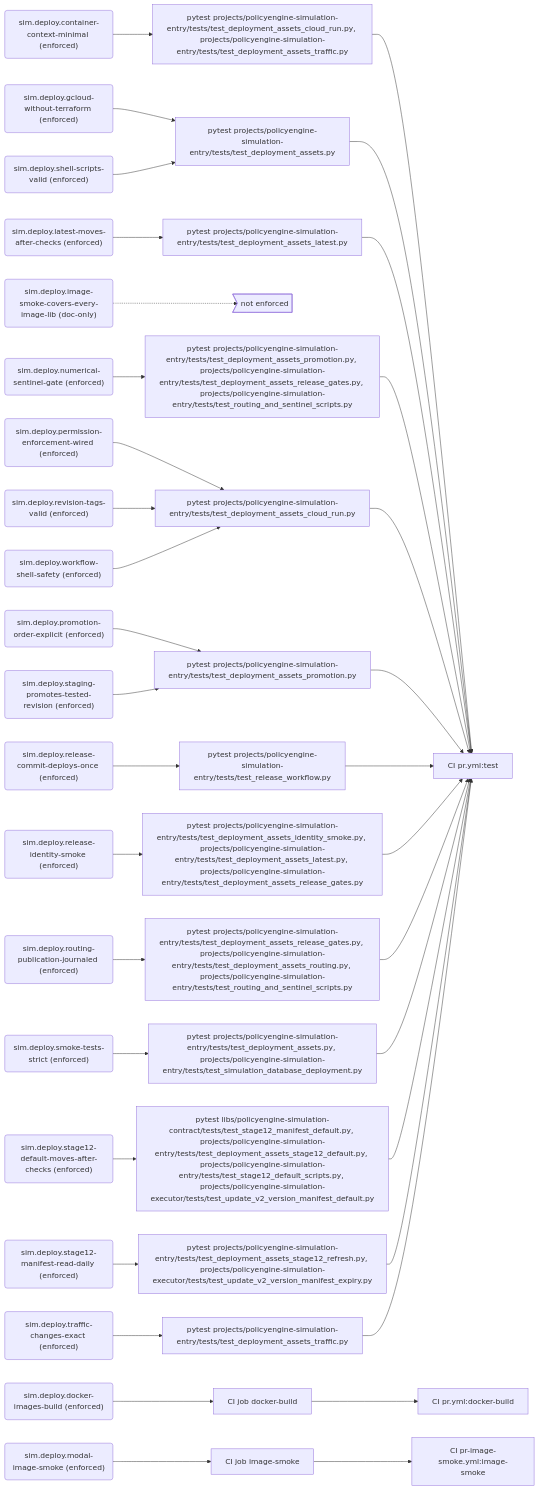
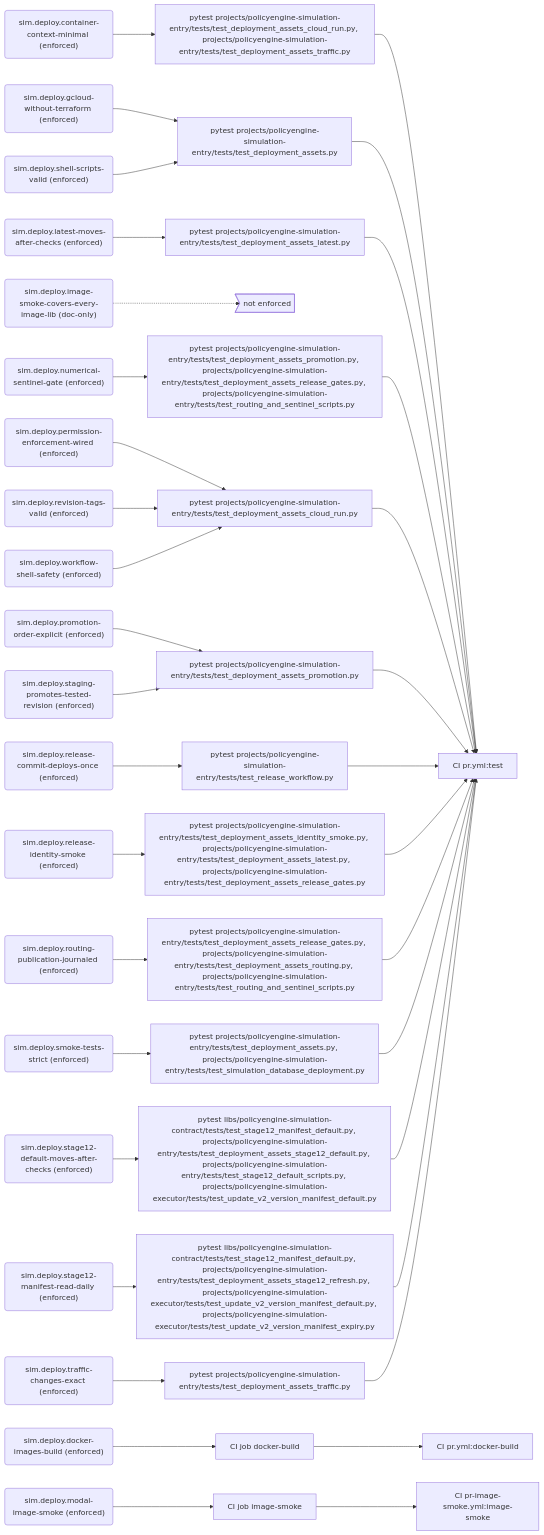
One commit to PolicyEngine/policyengine-sim-api changed the fourth of 11 diagrams in docs/generated/rules.md. Above: the diagram before and after it, drawn with Mermaid. The commit also changed other lines of this file and 11 other files, not shown here.

````diff
--- a/docs/generated/rules.md
+++ b/docs/generated/rules.md
@@ -189,77 +189,77 @@
 ```mermaid
 flowchart LR
   r_sim_deploy_container_context_minimal("sim.deploy.container-context-minimal (enforced)")
   e_pytest_projects_policyengine_simulation_entry_tests_test_deployment_assets_cloud_run_py__projects_policyengine_simulation_entry_tests_test_deployment_assets_traffic_py["pytest projects/policyengine-simulation-entry/tests/test_deployment_assets_cloud_run.py, projects/policyengine-simulation-entry/tests/test_deployment_assets_traffic.py"]
   j_CI_pr_yml_test["CI pr.yml:test"]
   r_sim_deploy_docker_images_build("sim.deploy.docker-images-build (enforced)")
   e_CI_job_docker_build["CI job docker-build"]
   j_CI_pr_yml_docker_build["CI pr.yml:docker-build"]
   r_sim_deploy_gcloud_without_terraform("sim.deploy.gcloud-without-terraform (enforced)")
   e_pytest_projects_policyengine_simulation_entry_tests_test_deployment_assets_py["pytest projects/policyengine-simulation-entry/tests/test_deployment_assets.py"]
   r_sim_deploy_image_smoke_covers_every_image_lib("sim.deploy.image-smoke-covers-every-image-lib (doc-only)")
   gap_unenforced>"not enforced"]
   r_sim_deploy_latest_moves_after_checks("sim.deploy.latest-moves-after-checks (enforced)")
   e_pytest_projects_policyengine_simulation_entry_tests_test_deployment_assets_latest_py["pytest projects/policyengine-simulation-entry/tests/test_deployment_assets_latest.py"]
   r_sim_deploy_modal_image_smoke("sim.deploy.modal-image-smoke (enforced)")
   e_CI_job_image_smoke["CI job image-smoke"]
   j_CI_pr_image_smoke_yml_image_smoke["CI pr-image-smoke.yml:image-smoke"]
   r_sim_deploy_numerical_sentinel_gate("sim.deploy.numerical-sentinel-gate (enforced)")
   e_pytest_projects_policyengine_simulation_entry_tests_test_deployment_assets_promotion_py__projects_policyengine_simulation_entry_tests_test_deployment_assets_release_gates_py__projects_policyengine_simulation_entry_tests_test_routing_and_sentinel_scripts_py["pytest projects/policyengine-simulation-entry/tests/test_deployment_assets_promotion.py, projects/policyengine-simulation-entry/tests/test_deployment_assets_release_gates.py, projects/policyengine-simulation-entry/tests/test_routing_and_sentinel_scripts.py"]
   r_sim_deploy_permission_enforcement_wired("sim.deploy.permission-enforcement-wired (enforced)")
   e_pytest_projects_policyengine_simulation_entry_tests_test_deployment_assets_cloud_run_py["pytest projects/policyengine-simulation-entry/tests/test_deployment_assets_cloud_run.py"]
   r_sim_deploy_promotion_order_explicit("sim.deploy.promotion-order-explicit (enforced)")
   e_pytest_projects_policyengine_simulation_entry_tests_test_deployment_assets_promotion_py["pytest projects/policyengine-simulation-entry/tests/test_deployment_assets_promotion.py"]
   r_sim_deploy_release_commit_deploys_once("sim.deploy.release-commit-deploys-once (enforced)")
   e_pytest_projects_policyengine_simulation_entry_tests_test_release_workflow_py["pytest projects/policyengine-simulation-entry/tests/test_release_workflow.py"]
   r_sim_deploy_release_identity_smoke("sim.deploy.release-identity-smoke (enforced)")
   e_pytest_projects_policyengine_simulation_entry_tests_test_deployment_assets_identity_smoke_py__projects_policyengine_simulation_entry_tests_test_deployment_assets_latest_py__projects_policyengine_simulation_entry_tests_test_deployment_assets_release_gates_py["pytest projects/policyengine-simulation-entry/tests/test_deployment_assets_identity_smoke.py, projects/policyengine-simulation-entry/tests/test_deployment_assets_latest.py, projects/policyengine-simulation-entry/tests/test_deployment_assets_release_gates.py"]
   r_sim_deploy_revision_tags_valid("sim.deploy.revision-tags-valid (enforced)")
   r_sim_deploy_routing_publication_journaled("sim.deploy.routing-publication-journaled (enforced)")
   e_pytest_projects_policyengine_simulation_entry_tests_test_deployment_assets_release_gates_py__projects_policyengine_simulation_entry_tests_test_deployment_assets_routing_py__projects_policyengine_simulation_entry_tests_test_routing_and_sentinel_scripts_py["pytest projects/policyengine-simulation-entry/tests/test_deployment_assets_release_gates.py, projects/policyengine-simulation-entry/tests/test_deployment_assets_routing.py, projects/policyengine-simulation-entry/tests/test_routing_and_sentinel_scripts.py"]
   r_sim_deploy_shell_scripts_valid("sim.deploy.shell-scripts-valid (enforced)")
   r_sim_deploy_smoke_tests_strict("sim.deploy.smoke-tests-strict (enforced)")
   e_pytest_projects_policyengine_simulation_entry_tests_test_deployment_assets_py__projects_policyengine_simulation_entry_tests_test_simulation_database_deployment_py["pytest projects/policyengine-simulation-entry/tests/test_deployment_assets.py, projects/policyengine-simulation-entry/tests/test_simulation_database_deployment.py"]
   r_sim_deploy_stage12_default_moves_after_checks("sim.deploy.stage12-default-moves-after-checks (enforced)")
   e_pytest_libs_policyengine_simulation_contract_tests_test_stage12_manifest_default_py__projects_policyengine_simulation_entry_tests_test_deployment_assets_stage12_default_py__projects_policyengine_simulation_entry_tests_test_stage12_default_scripts_py__projects_policyengine_simulation_executor_tests_test_update_v2_version_manifest_default_py["pytest libs/policyengine-simulation-contract/tests/test_stage12_manifest_default.py, projects/policyengine-simulation-entry/tests/test_deployment_assets_stage12_default.py, projects/policyengine-simulation-entry/tests/test_stage12_default_scripts.py, projects/policyengine-simulation-executor/tests/test_update_v2_version_manifest_default.py"]
   r_sim_deploy_stage12_manifest_read_daily("sim.deploy.stage12-manifest-read-daily (enforced)")
-  e_pytest_projects_policyengine_simulation_entry_tests_test_deployment_assets_stage12_refresh_py__projects_policyengine_simulation_executor_tests_test_update_v2_version_manifest_expiry_py["pytest projects/policyengine-simulation-entry/tests/test_deployment_assets_stage12_refresh.py, projects/policyengine-simulation-executor/tests/test_update_v2_version_manifest_expiry.py"]
+  e_pytest_libs_policyengine_simulation_contract_tests_test_stage12_manifest_default_py__projects_policyengine_simulation_entry_tests_test_deployment_assets_stage12_refresh_py__projects_policyengine_simulation_executor_tests_test_update_v2_version_manifest_default_py__projects_policyengine_simulation_executor_tests_test_update_v2_version_manifest_expiry_py["pytest libs/policyengine-simulation-contract/tests/test_stage12_manifest_default.py, projects/policyengine-simulation-entry/tests/test_deployment_assets_stage12_refresh.py, projects/policyengine-simulation-executor/tests/test_update_v2_version_manifest_default.py, projects/policyengine-simulation-executor/tests/test_update_v2_version_manifest_expiry.py"]
   r_sim_deploy_staging_promotes_tested_revision("sim.deploy.staging-promotes-tested-revision (enforced)")
   r_sim_deploy_traffic_changes_exact("sim.deploy.traffic-changes-exact (enforced)")
   e_pytest_projects_policyengine_simulation_entry_tests_test_deployment_assets_traffic_py["pytest projects/policyengine-simulation-entry/tests/test_deployment_assets_traffic.py"]
   r_sim_deploy_workflow_shell_safety("sim.deploy.workflow-shell-safety (enforced)")
   r_sim_deploy_container_context_minimal --> e_pytest_projects_policyengine_simulation_entry_tests_test_deployment_assets_cloud_run_py__projects_policyengine_simulation_entry_tests_test_deployment_assets_traffic_py
   e_pytest_projects_policyengine_simulation_entry_tests_test_deployment_assets_cloud_run_py__projects_policyengine_simulation_entry_tests_test_deployment_assets_traffic_py --> j_CI_pr_yml_test
   r_sim_deploy_docker_images_build --> e_CI_job_docker_build
   e_CI_job_docker_build --> j_CI_pr_yml_docker_build
   r_sim_deploy_gcloud_without_terraform --> e_pytest_projects_policyengine_simulation_entry_tests_test_deployment_assets_py
   e_pytest_projects_policyengine_simulation_entry_tests_test_deployment_assets_py --> j_CI_pr_yml_test
   r_sim_deploy_image_smoke_covers_every_image_lib -.-> gap_unenforced
   r_sim_deploy_latest_moves_after_checks --> e_pytest_projects_policyengine_simulation_entry_tests_test_deployment_assets_latest_py
   e_pytest_projects_policyengine_simulation_entry_tests_test_deployment_assets_latest_py --> j_CI_pr_yml_test
   r_sim_deploy_modal_image_smoke --> e_CI_job_image_smoke
   e_CI_job_image_smoke --> j_CI_pr_image_smoke_yml_image_smoke
   r_sim_deploy_numerical_sentinel_gate --> e_pytest_projects_policyengine_simulation_entry_tests_test_deployment_assets_promotion_py__projects_policyengine_simulation_entry_tests_test_deployment_assets_release_gates_py__projects_policyengine_simulation_entry_tests_test_routing_and_sentinel_scripts_py
   e_pytest_projects_policyengine_simulation_entry_tests_test_deployment_assets_promotion_py__projects_policyengine_simulation_entry_tests_test_deployment_assets_release_gates_py__projects_policyengine_simulation_entry_tests_test_routing_and_sentinel_scripts_py --> j_CI_pr_yml_test
   r_sim_deploy_permission_enforcement_wired --> e_pytest_projects_policyengine_simulation_entry_tests_test_deployment_assets_cloud_run_py
   e_pytest_projects_policyengine_simulation_entry_tests_test_deployment_assets_cloud_run_py --> j_CI_pr_yml_test
   r_sim_deploy_promotion_order_explicit --> e_pytest_projects_policyengine_simulation_entry_tests_test_deployment_assets_promotion_py
   e_pytest_projects_policyengine_simulation_entry_tests_test_deployment_assets_promotion_py --> j_CI_pr_yml_test
   r_sim_deploy_release_commit_deploys_once --> e_pytest_projects_policyengine_simulation_entry_tests_test_release_workflow_py
   e_pytest_projects_policyengine_simulation_entry_tests_test_release_workflow_py --> j_CI_pr_yml_test
   r_sim_deploy_release_identity_smoke --> e_pytest_projects_policyengine_simulation_entry_tests_test_deployment_assets_identity_smoke_py__projects_policyengine_simulation_entry_tests_test_deployment_assets_latest_py__projects_policyengine_simulation_entry_tests_test_deployment_assets_release_gates_py
   e_pytest_projects_policyengine_simulation_entry_tests_test_deployment_assets_identity_smoke_py__projects_policyengine_simulation_entry_tests_test_deployment_assets_latest_py__projects_policyengine_simulation_entry_tests_test_deployment_assets_release_gates_py --> j_CI_pr_yml_test
   r_sim_deploy_revision_tags_valid --> e_pytest_projects_policyengine_simulation_entry_tests_test_deployment_assets_cloud_run_py
   r_sim_deploy_routing_publication_journaled --> e_pytest_projects_policyengine_simulation_entry_tests_test_deployment_assets_release_gates_py__projects_policyengine_simulation_entry_tests_test_deployment_assets_routing_py__projects_policyengine_simulation_entry_tests_test_routing_and_sentinel_scripts_py
   e_pytest_projects_policyengine_simulation_entry_tests_test_deployment_assets_release_gates_py__projects_policyengine_simulation_entry_tests_test_deployment_assets_routing_py__projects_policyengine_simulation_entry_tests_test_routing_and_sentinel_scripts_py --> j_CI_pr_yml_test
   r_sim_deploy_shell_scripts_valid --> e_pytest_projects_policyengine_simulation_entry_tests_test_deployment_assets_py
   r_sim_deploy_smoke_tests_strict --> e_pytest_projects_policyengine_simulation_entry_tests_test_deployment_assets_py__projects_policyengine_simulation_entry_tests_test_simulation_database_deployment_py
   e_pytest_projects_policyengine_simulation_entry_tests_test_deployment_assets_py__projects_policyengine_simulation_entry_tests_test_simulation_database_deployment_py --> j_CI_pr_yml_test
   r_sim_deploy_stage12_default_moves_after_checks --> e_pytest_libs_policyengine_simulation_contract_tests_test_stage12_manifest_default_py__projects_policyengine_simulation_entry_tests_test_deployment_assets_stage12_default_py__projects_policyengine_simulation_entry_tests_test_stage12_default_scripts_py__projects_policyengine_simulation_executor_tests_test_update_v2_version_manifest_default_py
   e_pytest_libs_policyengine_simulation_contract_tests_test_stage12_manifest_default_py__projects_policyengine_simulation_entry_tests_test_deployment_assets_stage12_default_py__projects_policyengine_simulation_entry_tests_test_stage12_default_scripts_py__projects_policyengine_simulation_executor_tests_test_update_v2_version_manifest_default_py --> j_CI_pr_yml_test
-  r_sim_deploy_stage12_manifest_read_daily --> e_pytest_projects_policyengine_simulation_entry_tests_test_deployment_assets_stage12_refresh_py__projects_policyengine_simulation_executor_tests_test_update_v2_version_manifest_expiry_py
-  e_pytest_projects_policyengine_simulation_entry_tests_test_deployment_assets_stage12_refresh_py__projects_policyengine_simulation_executor_tests_test_update_v2_version_manifest_expiry_py --> j_CI_pr_yml_test
+  r_sim_deploy_stage12_manifest_read_daily --> e_pytest_libs_policyengine_simulation_contract_tests_test_stage12_manifest_default_py__projects_policyengine_simulation_entry_tests_test_deployment_assets_stage12_refresh_py__projects_policyengine_simulation_executor_tests_test_update_v2_version_manifest_default_py__projects_policyengine_simulation_executor_tests_test_update_v2_version_manifest_expiry_py
+  e_pytest_libs_policyengine_simulation_contract_tests_test_stage12_manifest_default_py__projects_policyengine_simulation_entry_tests_test_deployment_assets_stage12_refresh_py__projects_policyengine_simulation_executor_tests_test_update_v2_version_manifest_default_py__projects_policyengine_simulation_executor_tests_test_update_v2_version_manifest_expiry_py --> j_CI_pr_yml_test
   r_sim_deploy_staging_promotes_tested_revision --> e_pytest_projects_policyengine_simulation_entry_tests_test_deployment_assets_promotion_py
   r_sim_deploy_traffic_changes_exact --> e_pytest_projects_policyengine_simulation_entry_tests_test_deployment_assets_traffic_py
   e_pytest_projects_policyengine_simulation_entry_tests_test_deployment_assets_traffic_py --> j_CI_pr_yml_test
   r_sim_deploy_workflow_shell_safety --> e_pytest_projects_policyengine_simulation_entry_tests_test_deployment_assets_cloud_run_py
 ```
````
